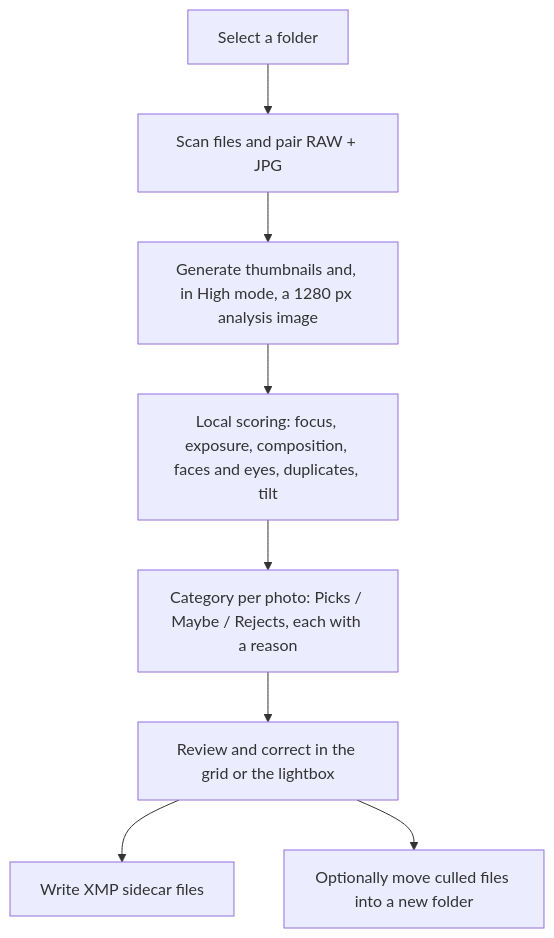
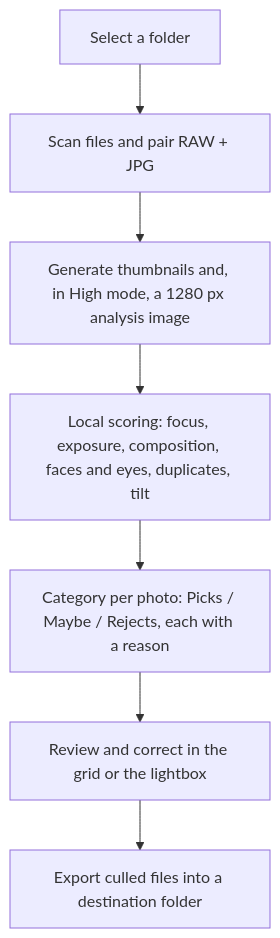
Before and after one commit to 0xMinomus/OhMyFlow: the diagram in README.md, drawn with Mermaid. The commit also changed other lines of this file and 8 other files, not shown here.

Commit message:
refactor(export): remove XMP export and rename Move Files to Export Photos

````diff
--- a/README.md
+++ b/README.md
@@ -78,10 +77,9 @@
 ```mermaid
 flowchart TD
   A[Select a folder] --> B[Scan files and pair RAW + JPG]
   B --> C[Generate thumbnails and, in High mode, a 1280 px analysis image]
   C --> D[Local scoring: focus, exposure, composition, faces and eyes, duplicates, tilt]
   D --> E[Category per photo: Picks / Maybe / Rejects, each with a reason]
   E --> F[Review and correct in the grid or the lightbox]
-  F --> G[Write XMP sidecar files]
-  F --> H[Optionally move culled files into a new folder]
+  F --> G[Export culled files into a destination folder]
 ```
````
